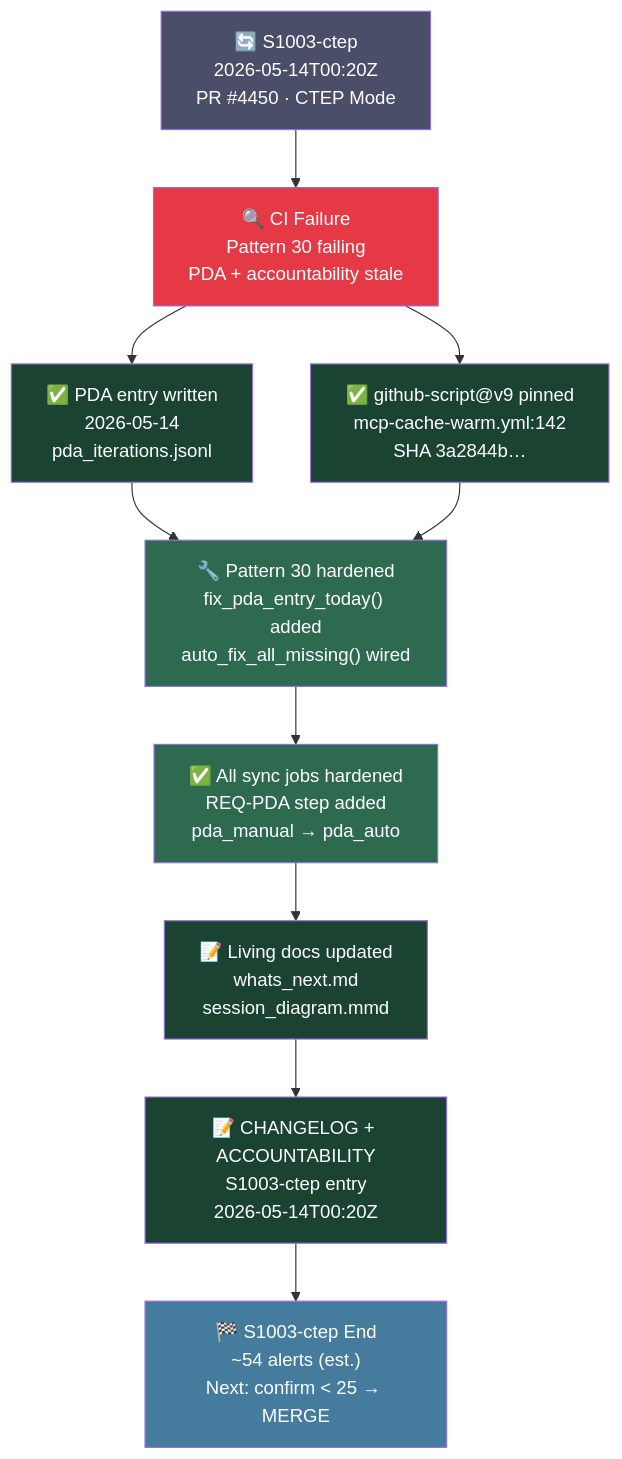
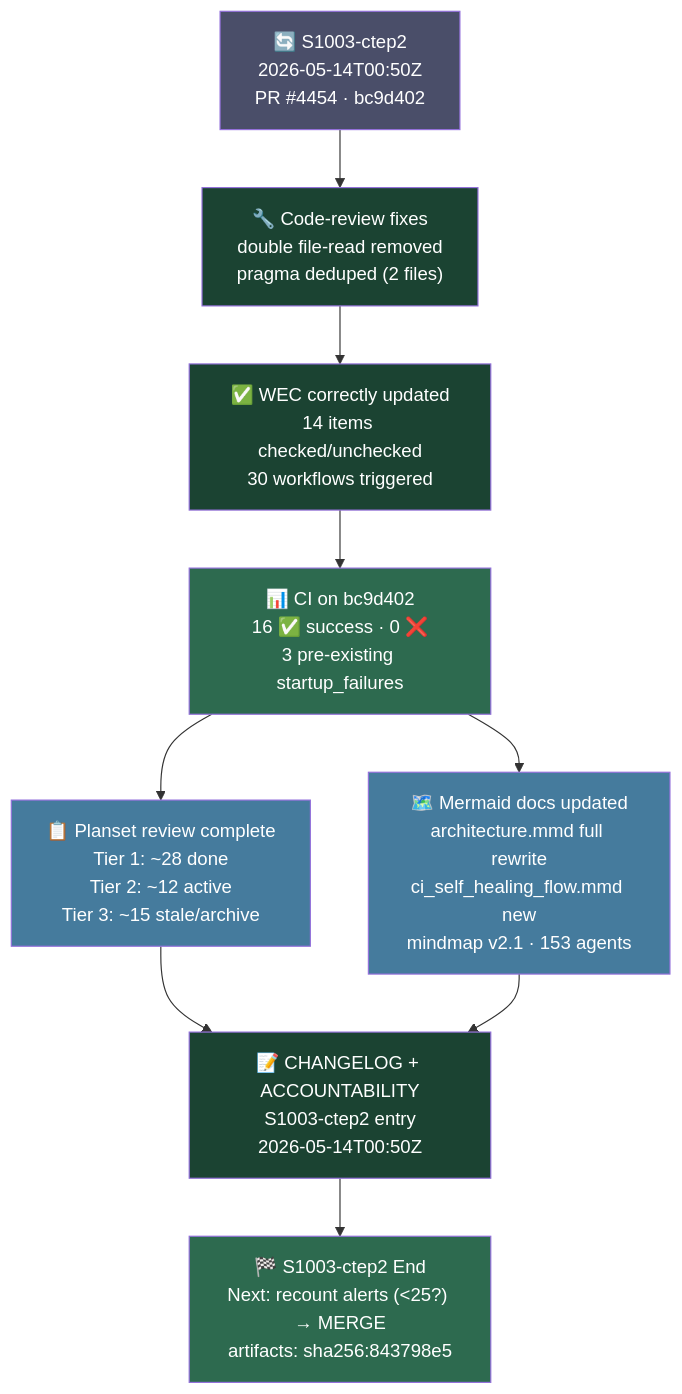
One commit to Aries-Serpent/_codex_ changed the seventh of 7 diagrams in docs/roadmap/PR4448_session_diagram.mmd. Above: the diagram before and after it, drawn with Mermaid. The commit also changed 3 other files, not shown here.

First line of the commit message:
docs(living): S1003-ctep2 wrap-up — whats_next + session_diagram + CHANGELOG + ACCOUNTABILITY

````diff
--- a/docs/roadmap/PR4448_session_diagram.mmd
+++ b/docs/roadmap/PR4448_session_diagram.mmd
@@ -182,21 +182,19 @@
 ```mermaid
 flowchart TD
-    S1003y_A["🔄 S1003-ctep\n2026-05-14T00:20Z\nPR #4450 · CTEP Mode"] --> S1003y_B["🔍 CI Failure\nPattern 30 failing\nPDA + accountability stale"]
-    S1003y_B --> S1003y_C["✅ PDA entry written\n2026-05-14\npda_iterations.jsonl"]
-    S1003y_B --> S1003y_D["✅ github-script@v9 pinned\nmcp-cache-warm.yml:142\nSHA 3a2844b…"]
-    S1003y_C & S1003y_D --> S1003y_E["🔧 Pattern 30 hardened\nfix_pda_entry_today() added\nauto_fix_all_missing() wired"]
-    S1003y_E --> S1003y_F["✅ All sync jobs hardened\nREQ-PDA step added\npda_manual → pda_auto"]
-    S1003y_F --> S1003y_G["📝 Living docs updated\nwhats_next.md\nsession_diagram.mmd"]
-    S1003y_G --> S1003y_H["📝 CHANGELOG + ACCOUNTABILITY\nS1003-ctep entry\n2026-05-14T00:20Z"]
-    S1003y_H --> S1003y_I["🏁 S1003-ctep End\n~54 alerts (est.)\nNext: confirm < 25 → MERGE"]
+    S1003z_A["🔄 S1003-ctep2\n2026-05-14T00:50Z\nPR #4454 · bc9d402"] --> S1003z_B["🔧 Code-review fixes\ndouble file-read removed\npragma deduped (2 files)"]
+    S1003z_B --> S1003z_C["✅ WEC correctly updated\n14 items checked/unchecked\n30 workflows triggered"]
+    S1003z_C --> S1003z_D["📊 CI on bc9d402\n16 ✅ success · 0 ❌\n3 pre-existing startup_failures"]
+    S1003z_D --> S1003z_E["📋 Planset review complete\nTier 1: ~28 done\nTier 2: ~12 active\nTier 3: ~15 stale/archive"]
+    S1003z_D --> S1003z_F["🗺️ Mermaid docs updated\narchitecture.mmd full rewrite\nci_self_healing_flow.mmd new\nmindmap v2.1 · 153 agents"]
+    S1003z_E & S1003z_F --> S1003z_G["📝 CHANGELOG + ACCOUNTABILITY\nS1003-ctep2 entry\n2026-05-14T00:50Z"]
+    S1003z_G --> S1003z_H["🏁 S1003-ctep2 End\nNext: recount alerts (<25?) → MERGE\nartifacts: sha256:843798e5"]
 
-    style S1003y_A fill:#4a4e69,color:#fff
-    style S1003y_B fill:#e63946,color:#fff
-    style S1003y_C fill:#1b4332,color:#fff
-    style S1003y_D fill:#1b4332,color:#fff
-    style S1003y_E fill:#2d6a4f,color:#fff
-    style S1003y_F fill:#2d6a4f,color:#fff
-    style S1003y_G fill:#1b4332,color:#fff
-    style S1003y_H fill:#1b4332,color:#fff
-    style S1003y_I fill:#457b9d,color:#fff
+    style S1003z_A fill:#4a4e69,color:#fff
+    style S1003z_B fill:#1b4332,color:#fff
+    style S1003z_C fill:#1b4332,color:#fff
+    style S1003z_D fill:#2d6a4f,color:#fff
+    style S1003z_E fill:#457b9d,color:#fff
+    style S1003z_F fill:#457b9d,color:#fff
+    style S1003z_G fill:#1b4332,color:#fff
+    style S1003z_H fill:#2d6a4f,color:#fff
 ```
````
